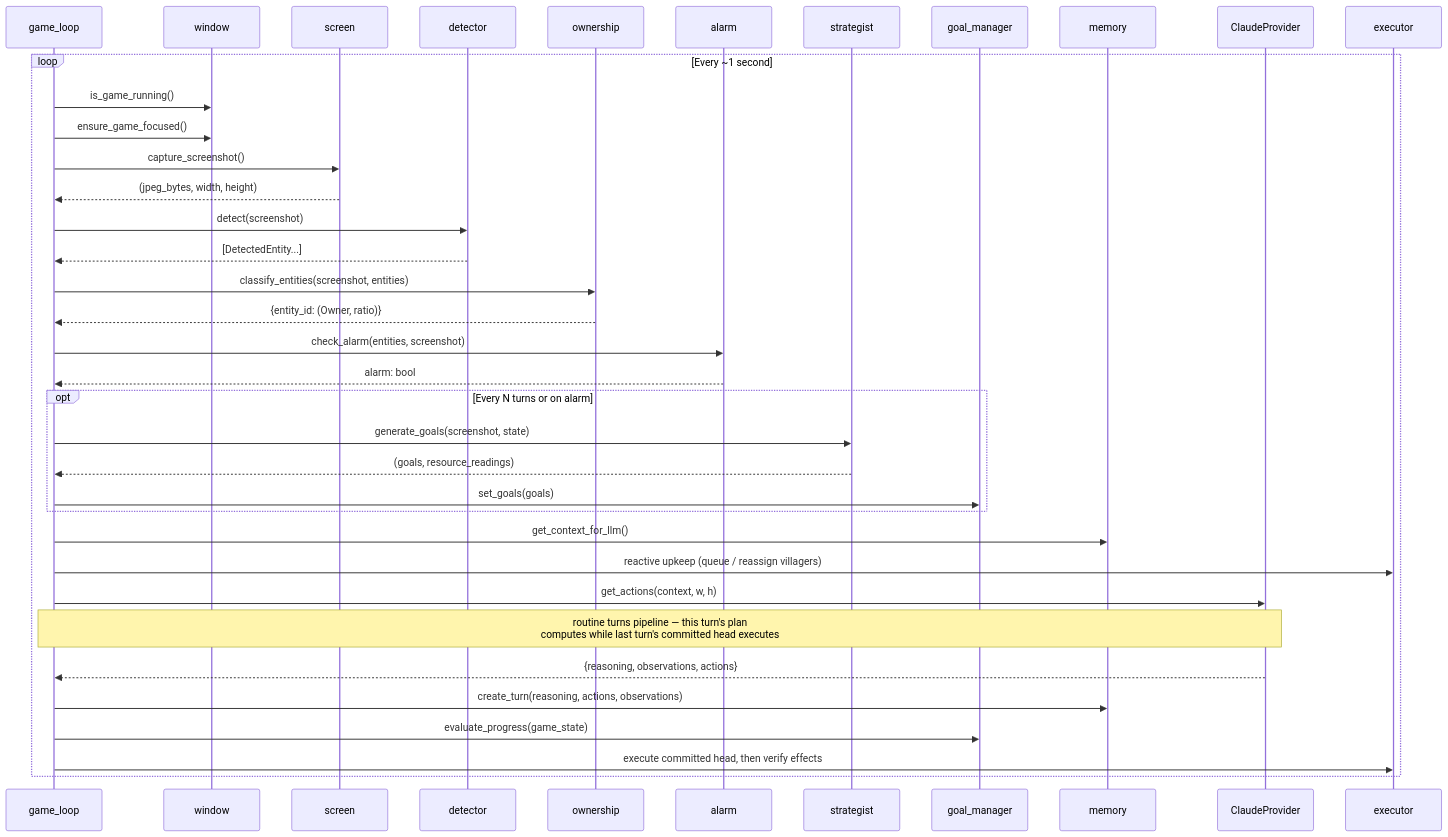
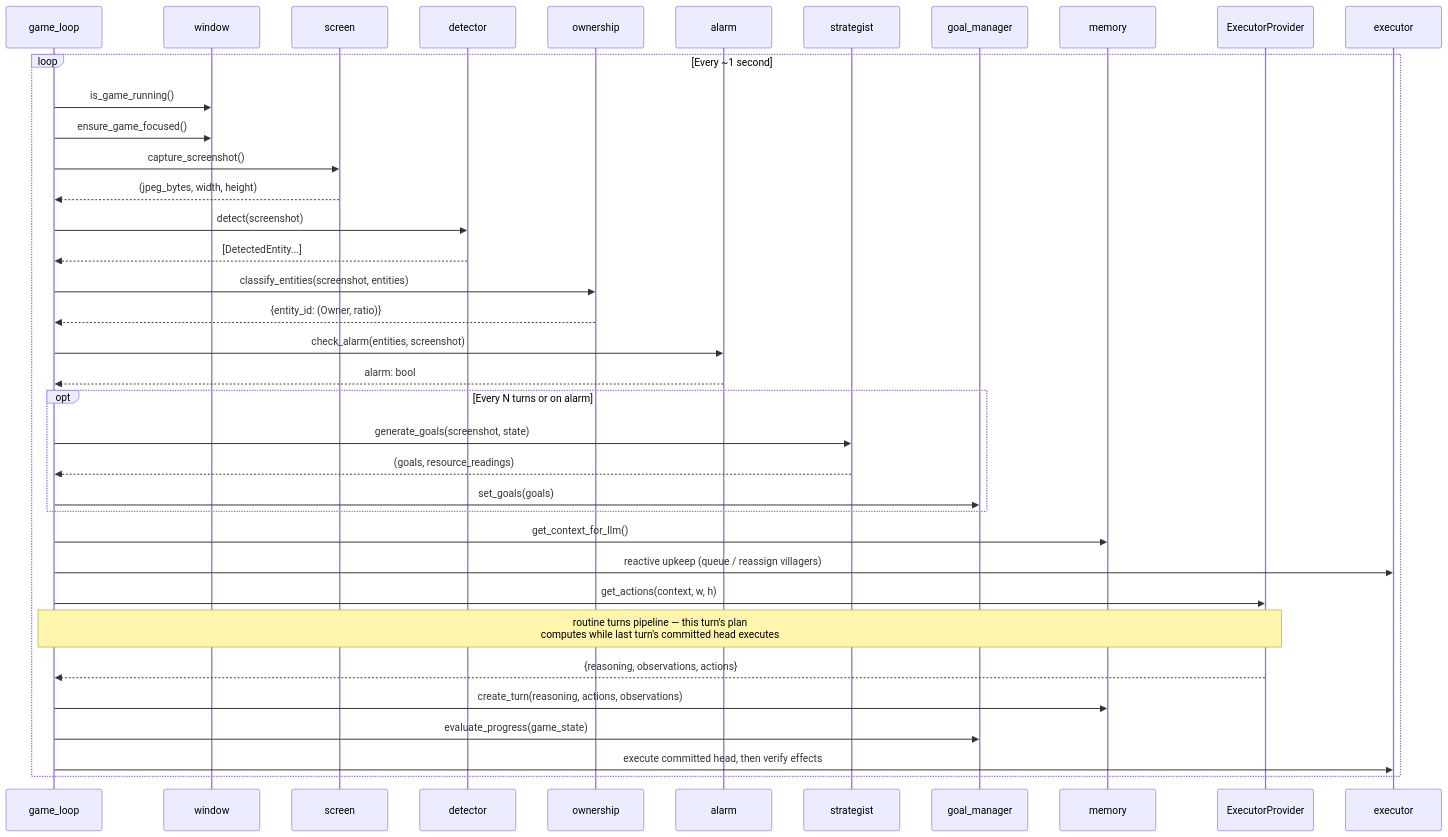
The diagram in docs/part1-architecture/02-game-loop-pipeline.md (dobosmarton/aoe2-agent), drawn with Mermaid before and after one commit. The commit also changed 76 other files, not shown here.

````diff
--- a/docs/part1-architecture/02-game-loop-pipeline.md
+++ b/docs/part1-architecture/02-game-loop-pipeline.md
@@ -13,40 +13,40 @@
 ```mermaid
 sequenceDiagram
     participant GL as game_loop
     participant W as window
     participant S as screen
     participant D as detector
     participant OWN as ownership
     participant ALM as alarm
     participant STR as strategist
     participant GM as goal_manager
     participant M as memory
-    participant C as ClaudeProvider
+    participant C as ExecutorProvider
     participant E as executor
 
     loop Every ~1 second
         GL->>W: is_game_running()
         GL->>W: ensure_game_focused()
         GL->>S: capture_screenshot()
         S-->>GL: (jpeg_bytes, width, height)
         GL->>D: detect(screenshot)
         D-->>GL: [DetectedEntity...]
         GL->>OWN: classify_entities(screenshot, entities)
         OWN-->>GL: {entity_id: (Owner, ratio)}
         GL->>ALM: check_alarm(entities, screenshot)
         ALM-->>GL: alarm: bool
         opt Every N turns or on alarm
             GL->>STR: generate_goals(screenshot, state)
             STR-->>GL: (goals, resource_readings)
             GL->>GM: set_goals(goals)
         end
         GL->>M: get_context_for_llm()
         GL->>E: reactive upkeep (queue / reassign villagers)
         GL->>C: get_actions(context, w, h)
         Note over GL,C: routine turns pipeline — this turn's plan<br/>computes while last turn's committed head executes
         C-->>GL: {reasoning, observations, actions}
         GL->>M: create_turn(reasoning, actions, observations)
         GL->>GM: evaluate_progress(game_state)
         GL->>E: execute committed head, then verify effects
     end
 ```
````
